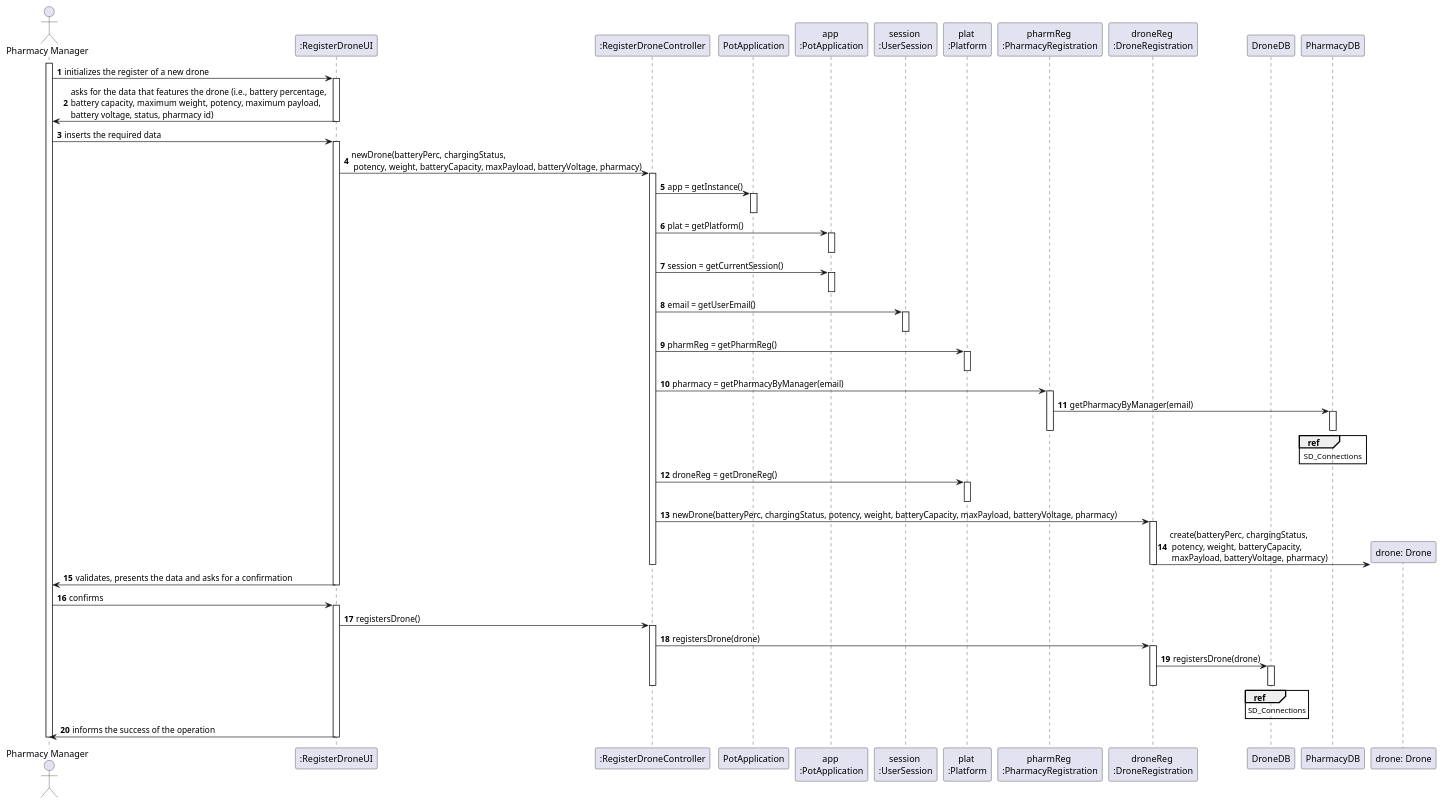
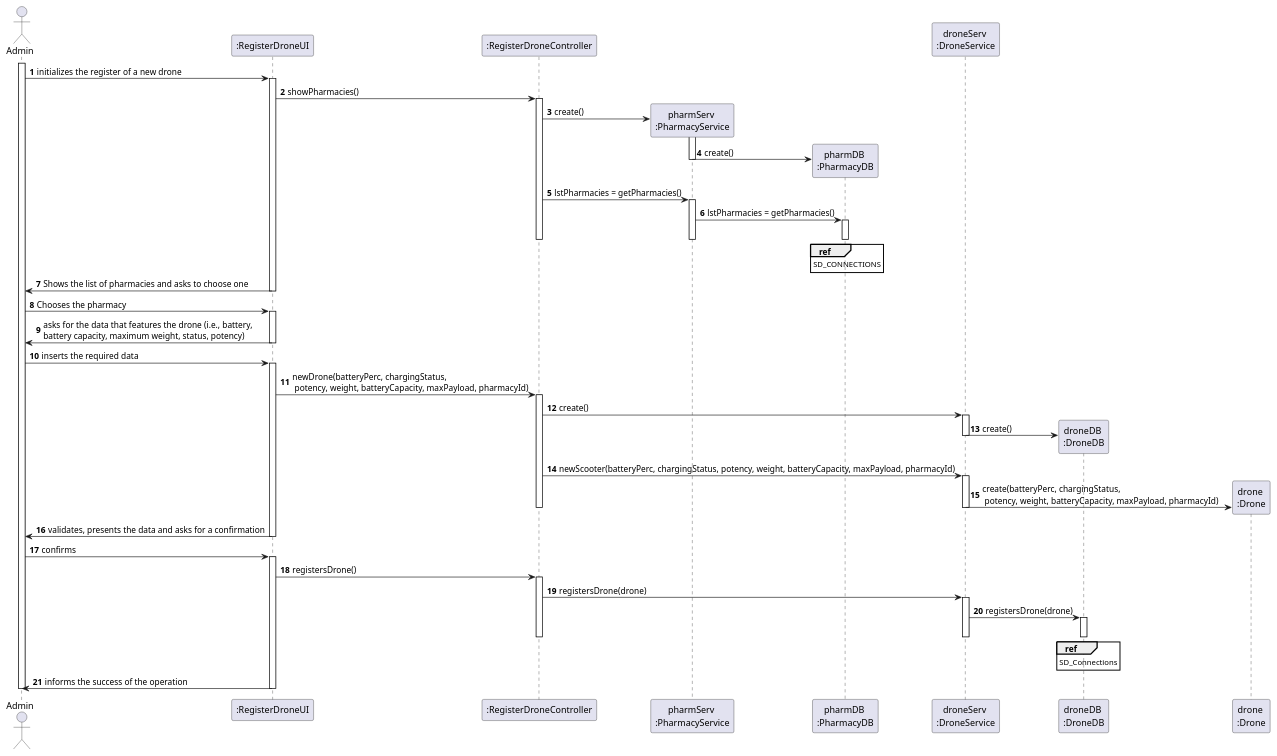
Before and after one commit to tiagoavcosta25/LAPR3: the diagram in docs/Iteration 2/Drone Management/US193_RegisterDrone/US193_SD.puml, drawn with PlantUML. The commit also changed 3 other files, not shown here.

Commit message:
LAPR2AP2-233 #fixing Register Drone [Design]

```diff
--- a/docs/Iteration 2/Drone Management/US193_RegisterDrone/US193_SD.puml
+++ b/docs/Iteration 2/Drone Management/US193_RegisterDrone/US193_SD.puml
@@ -1,87 +1,80 @@
 @startuml
 autonumber
-actor "Pharmacy Manager" as PHARMAN
+actor "Admin" as ADMIN
 
 participant ":RegisterDroneUI" as UI
 participant ":RegisterDroneController" as CTRL
-participant "PotApplication" as PA
-participant "app \n:PotApplication" as APA
-participant "session \n:UserSession" as US
-participant "plat \n:Platform" as PLAT
-participant "pharmReg \n:PharmacyRegistration" as PH
-participant "droneReg \n:DroneRegistration" as RD
-participant "DroneDB" as DDB
-participant "PharmacyDB" as PDB
-participant "drone: Drone" as D
+participant "pharmServ \n:PharmacyService" as PHS
+participant "pharmDB \n:PharmacyDB" as PHDB
+participant "droneServ \n:DroneService" as DS
+participant "droneDB \n:DroneDB" as DDB
+participant "drone \n:Drone" as D
+
+activate ADMIN
+
+ADMIN -> UI : initializes the register of a new drone
+activate UI
+UI -> CTRL : showPharmacies()
+activate CTRL
+CTRL -> PHS ** : create()
+activate PHS
+PHS -> PHDB ** : create()
+deactivate PHS
+CTRL -> PHS : lstPharmacies = getPharmacies()
+activate PHS
+PHS -> PHDB : lstPharmacies = getPharmacies()
+activate PHDB
+ref over PHDB
+SD_CONNECTIONS
+end ref
+deactivate PHDB
+deactivate PHS
+deactivate CTRL
+UI -> ADMIN : Shows the list of pharmacies and asks to choose one
+deactivate UI
+
+ADMIN -> UI : Chooses the pharmacy
+activate UI
+UI -> ADMIN : asks for the data that features the drone (i.e., battery, \nbattery capacity, maximum weight, status, potency)
+deactivate UI
+
+ADMIN -> UI : inserts the required data
+activate UI
+UI -> CTRL : newDrone(batteryPerc, chargingStatus,\n potency, weight, batteryCapacity, maxPayload, pharmacyId)
+activate CTRL
+
+CTRL -> DS : create()
+activate DS
+DS -> DDB ** : create()
+deactivate DS
+
+CTRL -> DS : newScooter(batteryPerc, chargingStatus, potency, weight, batteryCapacity, maxPayload, pharmacyId)
+activate DS
+DS -> D ** : create(batteryPerc, chargingStatus,\n potency, weight, batteryCapacity, maxPayload, pharmacyId)
+deactivate DS
+deactivate CTRL
 
 
-
-activate PHARMAN
-
-PHARMAN -> UI : initializes the register of a new drone
-activate UI
-UI -> PHARMAN : asks for the data that features the drone (i.e., battery percentage, \nbattery capacity, maximum weight, potency, maximum payload, \nbattery voltage, status, pharmacy id)
+UI -> ADMIN : validates, presents the data and asks for a confirmation
 deactivate UI
 
-PHARMAN -> UI : inserts the required data
-activate UI
-UI -> CTRL : newDrone(batteryPerc, chargingStatus,\n potency, weight, batteryCapacity, maxPayload, batteryVoltage, pharmacy)
-activate CTRL
-CTRL -> PA : app = getInstance()
-activate PA
-deactivate PA
-CTRL -> APA : plat = getPlatform()
-activate APA
-deactivate APA
-CTRL -> APA : session = getCurrentSession()
-activate APA
-deactivate APA
-CTRL -> US : email = getUserEmail()
-activate US
-deactivate US
-CTRL -> PLAT : pharmReg = getPharmReg()
-activate PLAT
-deactivate PLAT
-CTRL -> PH : pharmacy = getPharmacyByManager(email)
-activate PH
-PH -> PDB : getPharmacyByManager(email)
-activate PDB
-ref over PDB
-SD_Connections
-end ref
-deactivate PH
-deactivate PDB
-CTRL -> PLAT : droneReg = getDroneReg()
-activate PLAT
-deactivate PLAT
-CTRL -> RD : newDrone(batteryPerc, chargingStatus, potency, weight, batteryCapacity, maxPayload, batteryVoltage, pharmacy)
-activate RD
-RD -> D ** : create(batteryPerc, chargingStatus,\n potency, weight, batteryCapacity,\n maxPayload, batteryVoltage, pharmacy)
-deactivate DDB
-deactivate CTRL
-deactivate RD
-
-
-UI -> PHARMAN : validates, presents the data and asks for a confirmation
-deactivate UI
-
-PHARMAN -> UI : confirms
+ADMIN -> UI : confirms
 activate UI
 UI -> CTRL : registersDrone()
 activate CTRL
-CTRL -> RD : registersDrone(drone)
-activate RD
-RD -> DDB : registersDrone(drone)
+CTRL -> DS : registersDrone(drone)
+activate DS
+DS -> DDB : registersDrone(drone)
 activate DDB
 ref over DDB
 SD_Connections
 end ref
 deactivate DDB
-deactivate RD
+deactivate DS
 deactivate CTRL
-UI -> PHARMAN : informs the success of the operation
+UI -> ADMIN : informs the success of the operation
 deactivate UI
 
-deactivate PHARMAN
+deactivate ADMIN
 
 @enduml
```
